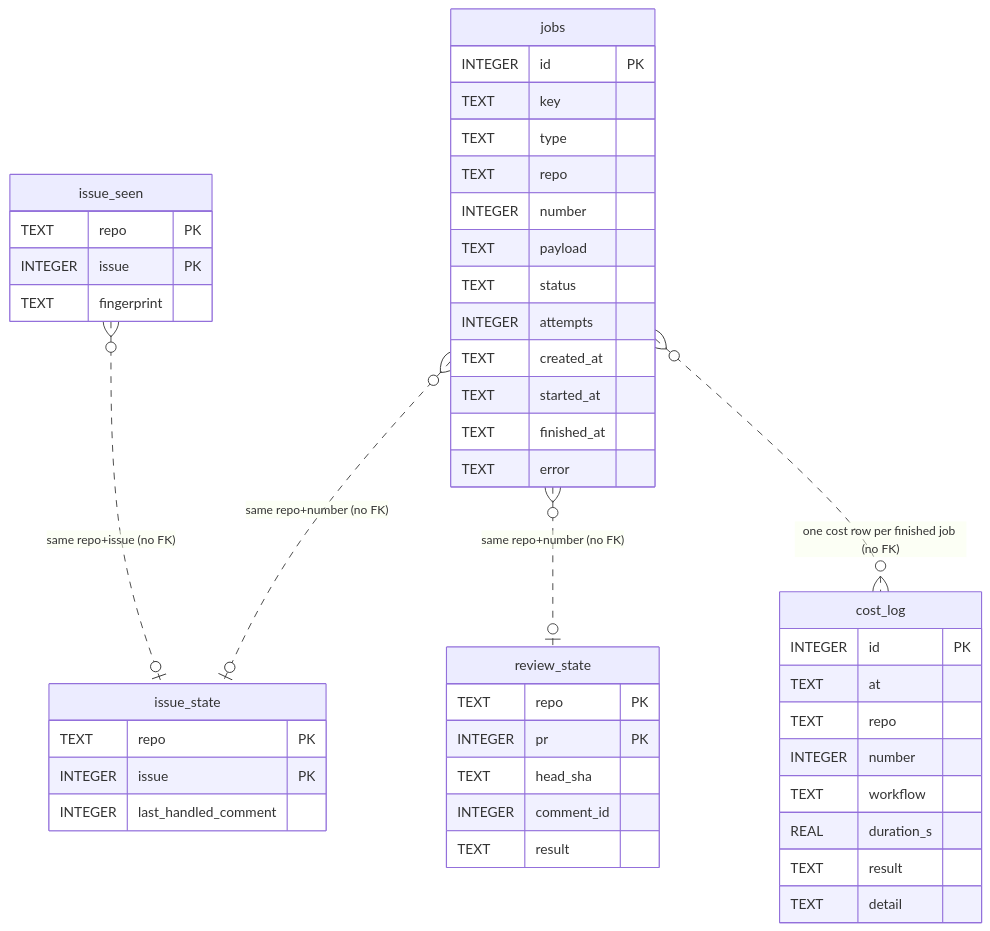
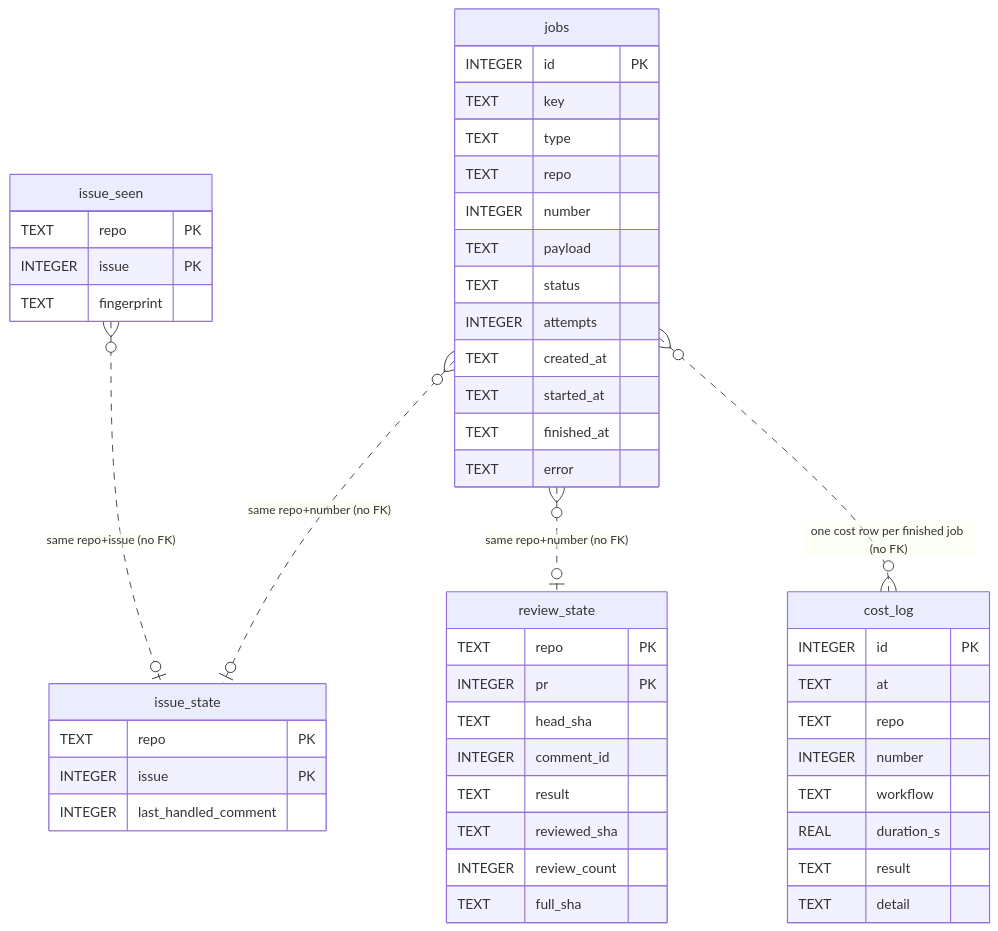
The first of 4 diagrams in docs/03-data-model.md (softwares-sorcerer-supreme/ai-workflow), drawn with Mermaid before and after one commit. The commit also changed other lines of this file and 51 other files, not shown here.

````diff
--- a/docs/03-data-model.md
+++ b/docs/03-data-model.md
@@ -19,48 +19,51 @@
 ```mermaid
 erDiagram
     issue_seen {
         TEXT repo PK
         INTEGER issue PK
         TEXT fingerprint
     }
     issue_state {
         TEXT repo PK
         INTEGER issue PK
         INTEGER last_handled_comment
     }
     review_state {
         TEXT repo PK
         INTEGER pr PK
         TEXT head_sha
         INTEGER comment_id
         TEXT result
+        TEXT reviewed_sha
+        INTEGER review_count
+        TEXT full_sha
     }
     jobs {
         INTEGER id PK
         TEXT key
         TEXT type
         TEXT repo
         INTEGER number
         TEXT payload
         TEXT status
         INTEGER attempts
         TEXT created_at
         TEXT started_at
         TEXT finished_at
         TEXT error
     }
     cost_log {
         INTEGER id PK
         TEXT at
         TEXT repo
         INTEGER number
         TEXT workflow
         REAL duration_s
         TEXT result
         TEXT detail
     }
     jobs }o..o| issue_state : "same repo+number (no FK)"
     jobs }o..o| review_state : "same repo+number (no FK)"
     jobs }o..o{ cost_log : "one cost row per finished job (no FK)"
     issue_seen }o..o| issue_state : "same repo+issue (no FK)"
 ```
````
